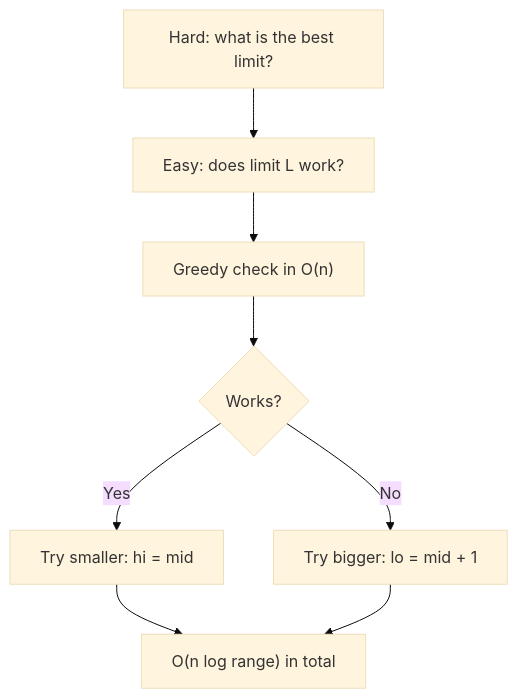
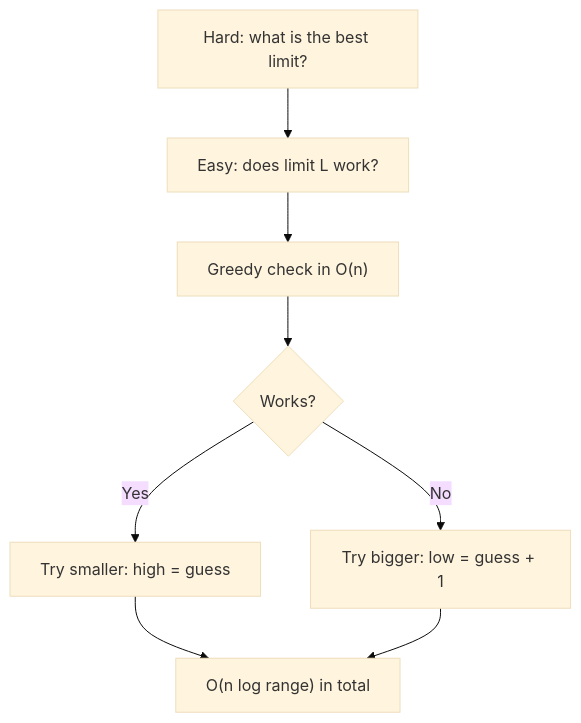
Before and after one commit to Nidanos/ai-tutor-platform: the second of 3 diagrams in apps/api/src/infrastructure/database/seed/dsa-lessons/binary-search-on-answer.md, drawn with Mermaid (base theme). The commit also changed other lines of this file and 27 other files, not shown here.

````diff
--- a/apps/api/src/infrastructure/database/seed/dsa-lessons/binary-search-on-answer.md
+++ b/apps/api/src/infrastructure/database/seed/dsa-lessons/binary-search-on-answer.md
@@ -173,10 +173,10 @@
 ```mermaid
 flowchart TB
     A["Hard: what is the best limit?"] --> B["Easy: does limit L work?"]
     B --> C["Greedy check in O(n)"]
     C --> D{"Works?"}
-    D -->|"Yes"| E["Try smaller: hi = mid"]
-    D -->|"No"| F["Try bigger: lo = mid + 1"]
+    D -->|"Yes"| E["Try smaller: high = guess"]
+    D -->|"No"| F["Try bigger: low = guess + 1"]
     E --> G["O(n log range) in total"]
     F --> G
 ```
````
